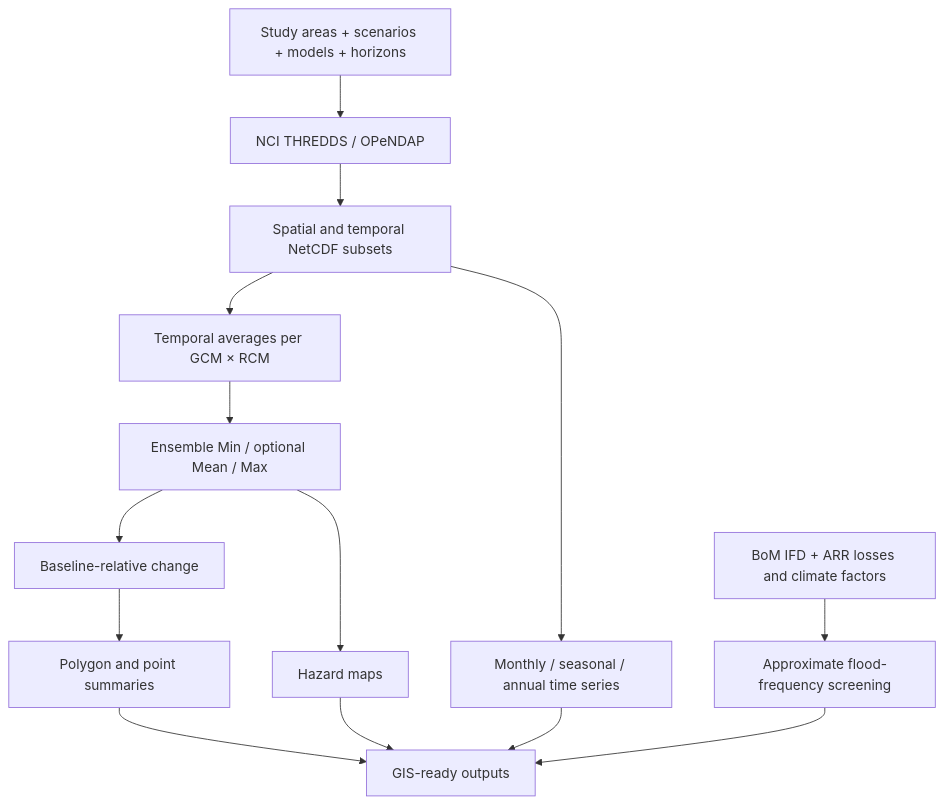
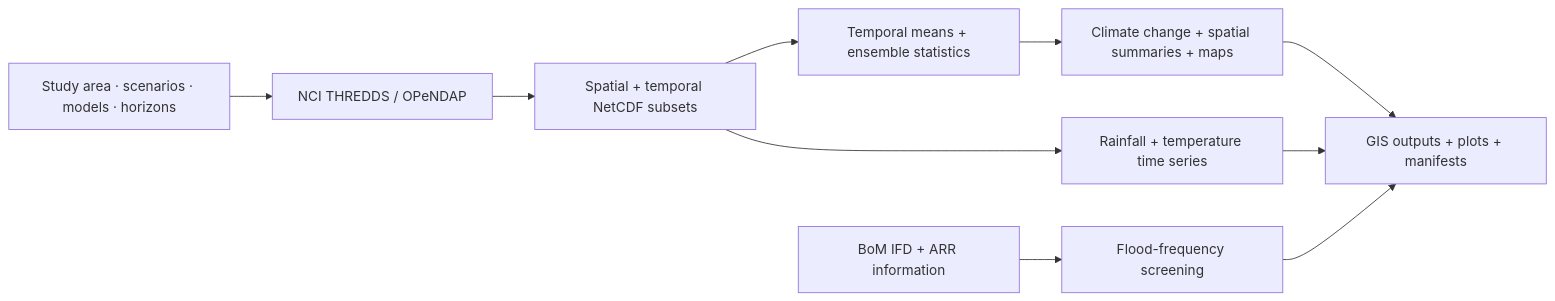
The diagram in README.md (mosaic-insights/NARCliM2), drawn with Mermaid before and after one commit. The commit also changed other lines of this file, not shown here.

````diff
--- a/README.md
+++ b/README.md
@@ -45,16 +32,12 @@
 ```mermaid
-flowchart TD
-    A[Study areas + scenarios + models + horizons] --> B[NCI THREDDS / OPeNDAP]
-    B --> C[Spatial and temporal NetCDF subsets]
-    C --> D[Temporal averages per GCM × RCM]
-    D --> E[Ensemble Min / optional Mean / Max]
-    E --> F[Baseline-relative change]
-    F --> G[Polygon and point summaries]
-    E --> H[Hazard maps]
-    C --> I[Monthly / seasonal / annual time series]
-    J[BoM IFD + ARR losses and climate factors] --> K[Approximate flood-frequency screening]
-    G --> L[GIS-ready outputs]
-    H --> L
-    I --> L
-    K --> L
+flowchart LR
+    A["Study area · scenarios · models · horizons"] --> B["NCI THREDDS / OPeNDAP"]
+    B --> C["Spatial + temporal NetCDF subsets"]
+    C --> D["Temporal means + ensemble statistics"]
+    D --> E["Climate change + spatial summaries + maps"]
+    C --> F["Rainfall + temperature time series"]
+    G["BoM IFD + ARR information"] --> H["Flood-frequency screening"]
+    E --> I["GIS outputs + plots + manifests"]
+    F --> I
+    H --> I
 ```
````
